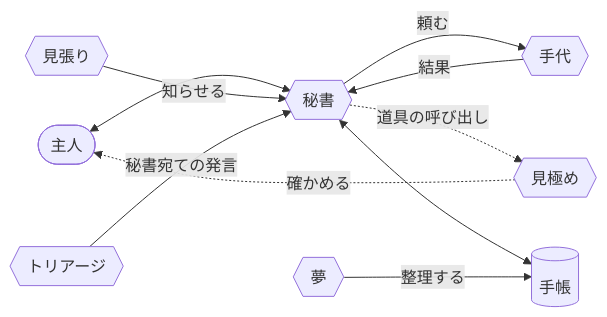
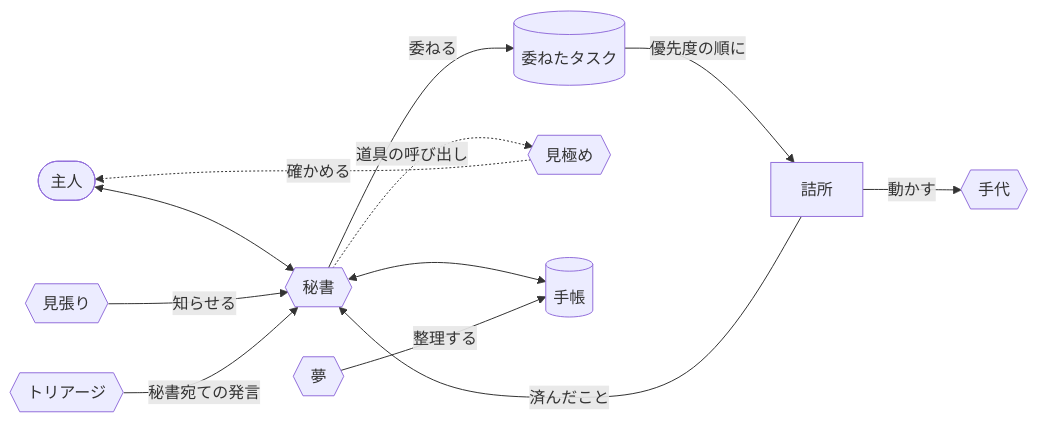
Before and after one commit to lambdalisue/famulen: the diagram in docs/spec/roles.md, drawn with Mermaid. The commit also changed other lines of this file and 84 other files, not shown here.

````diff
--- a/docs/spec/roles.md
+++ b/docs/spec/roles.md
@@ -5,21 +5,25 @@
 ```mermaid
 flowchart LR
   owner(["主人"])
   secretary{{"秘書"}}
   lookout{{"見張り"}}
+  tasks[("委ねたタスク")]
+  pool["詰所"]
   tedai{{"手代"}}
   triage{{"トリアージ"}}
   assess{{"見極め"}}
   dream{{"夢"}}
   techo[("手帳")]
 
   owner <--> secretary
   lookout -- 知らせる --> secretary
   triage -- 秘書宛ての発言 --> secretary
-  secretary -- 頼む --> tedai
-  tedai -- 結果 --> secretary
+  secretary -- 委ねる --> tasks
+  tasks -- 優先度の順に --> pool
+  pool -- 動かす --> tedai
+  pool -- 済んだこと --> secretary
   secretary -. 道具の呼び出し .-> assess
   assess -. 確かめる .-> owner
   secretary <--> techo
   dream -- 整理する --> techo
 ```
````
